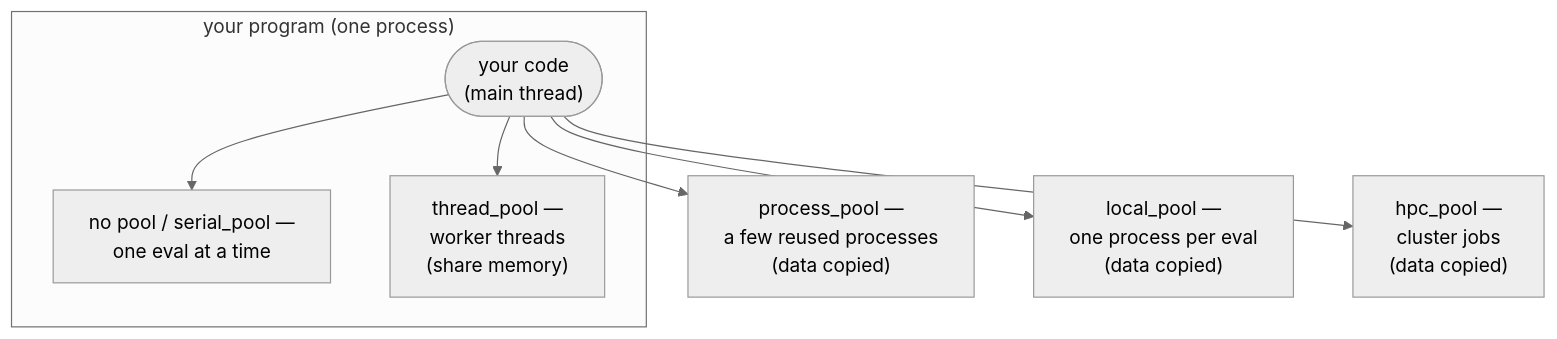
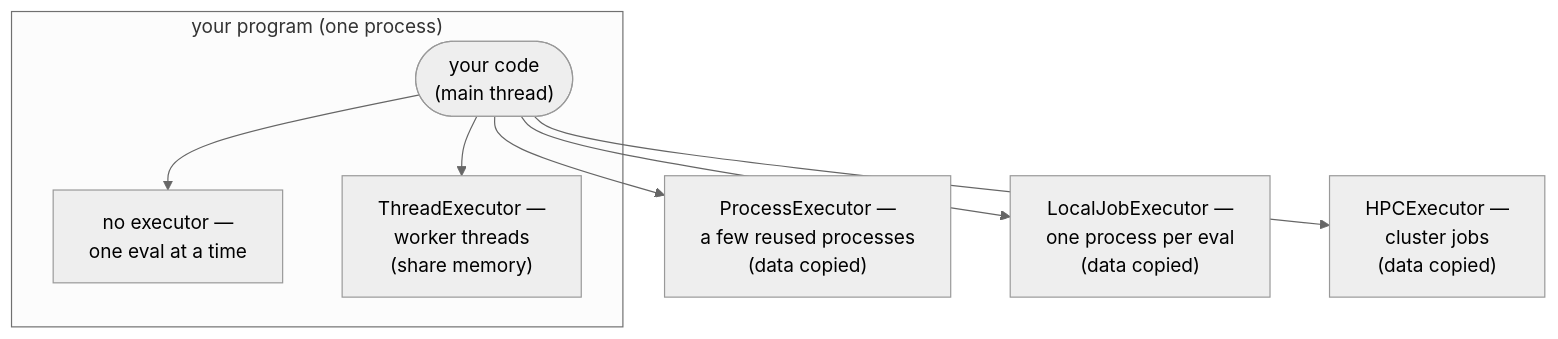
The diagram in docs/getting_started/execution.md (TNO-ropt/ropt), drawn with Mermaid (neutral theme) before and after one commit. The commit also changed other lines of this file and 51 other files, not shown here.

````diff
--- a/docs/getting_started/execution.md
+++ b/docs/getting_started/execution.md
@@ -27,16 +26,16 @@
 ```mermaid
 flowchart TB
     subgraph proc["your program (one process)"]
         main(["your code<br/>(main thread)"])
-        seq["no pool / serial_pool —<br/>one eval at a time"]
-        th["thread_pool —<br/>worker threads<br/>(share memory)"]
+        seq["no executor —<br/>one eval at a time"]
+        th["ThreadExecutor —<br/>worker threads<br/>(share memory)"]
     end
-    wp["process_pool —<br/>a few reused processes<br/>(data copied)"]
-    loc["local_pool —<br/>one process per eval<br/>(data copied)"]
-    clu["hpc_pool —<br/>cluster jobs<br/>(data copied)"]
+    wp["ProcessExecutor —<br/>a few reused processes<br/>(data copied)"]
+    loc["LocalJobExecutor —<br/>one process per eval<br/>(data copied)"]
+    clu["HPCExecutor —<br/>cluster jobs<br/>(data copied)"]
     main --> seq
     main --> th
     main --> wp
     main --> loc
     main --> clu
 ```
````
